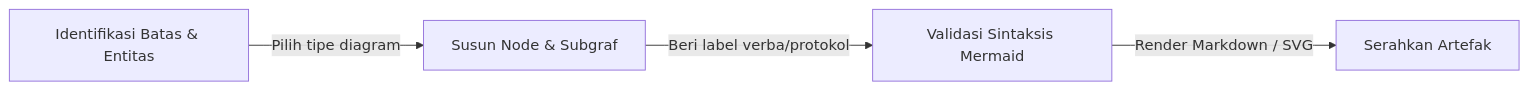
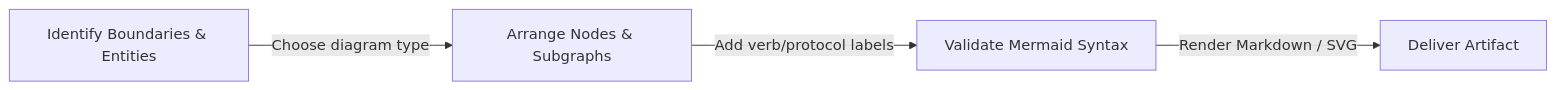
One commit to giriedu/maxilun changed the first of 5 diagrams in skills/maxilun-diagrams/SKILL.md. Above: the diagram before and after it, drawn with Mermaid. The commit also changed other lines of this file and 207 other files, not shown here.

````diff
--- a/skills/maxilun-diagrams/SKILL.md
+++ b/skills/maxilun-diagrams/SKILL.md
@@ -62,6 +61,6 @@
 ```mermaid
 flowchart LR
-    A["Identifikasi Batas & Entitas"] -->|Pilih tipe diagram| B["Susun Node & Subgraf"]
-    B -->|Beri label verba/protokol| C["Validasi Sintaksis Mermaid"]
-    C -->|Render Markdown / SVG| D["Serahkan Artefak"]
+    A["Identify Boundaries & Entities"] -->|Choose diagram type| B["Arrange Nodes & Subgraphs"]
+    B -->|Add verb/protocol labels| C["Validate Mermaid Syntax"]
+    C -->|Render Markdown / SVG| D["Deliver Artifact"]
 ```
````
